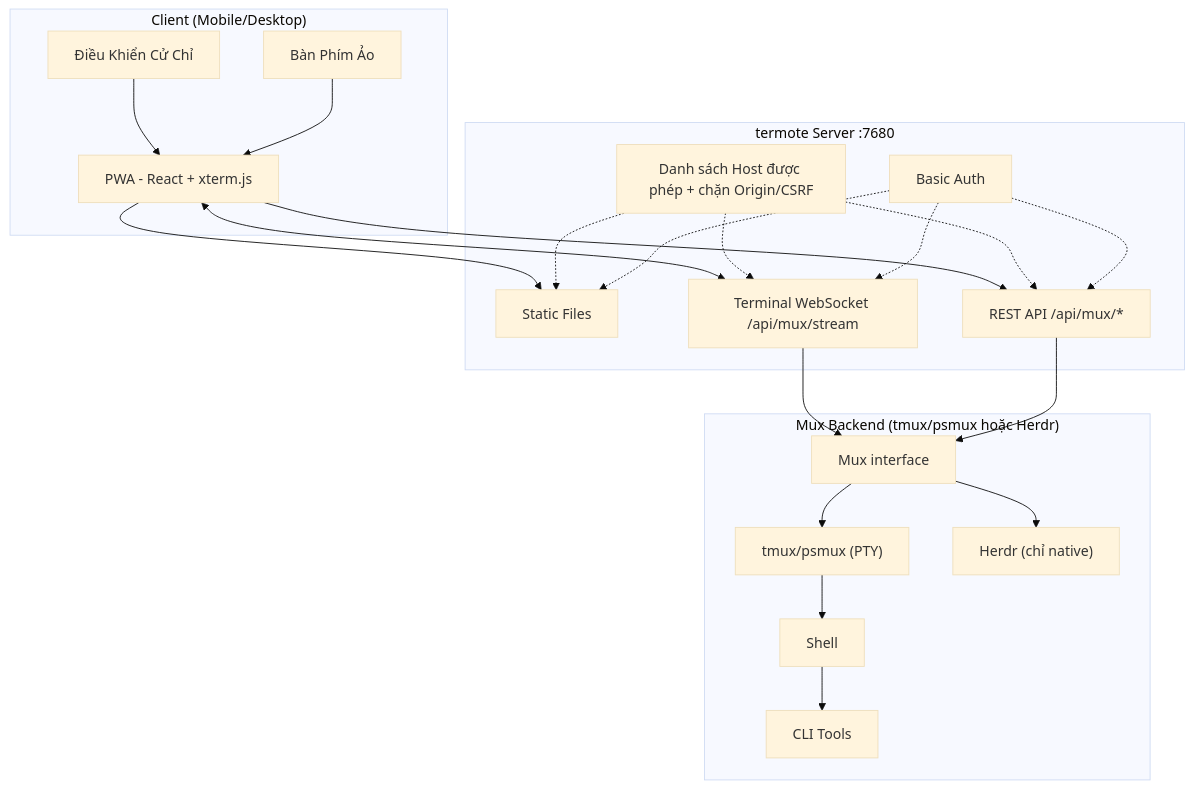
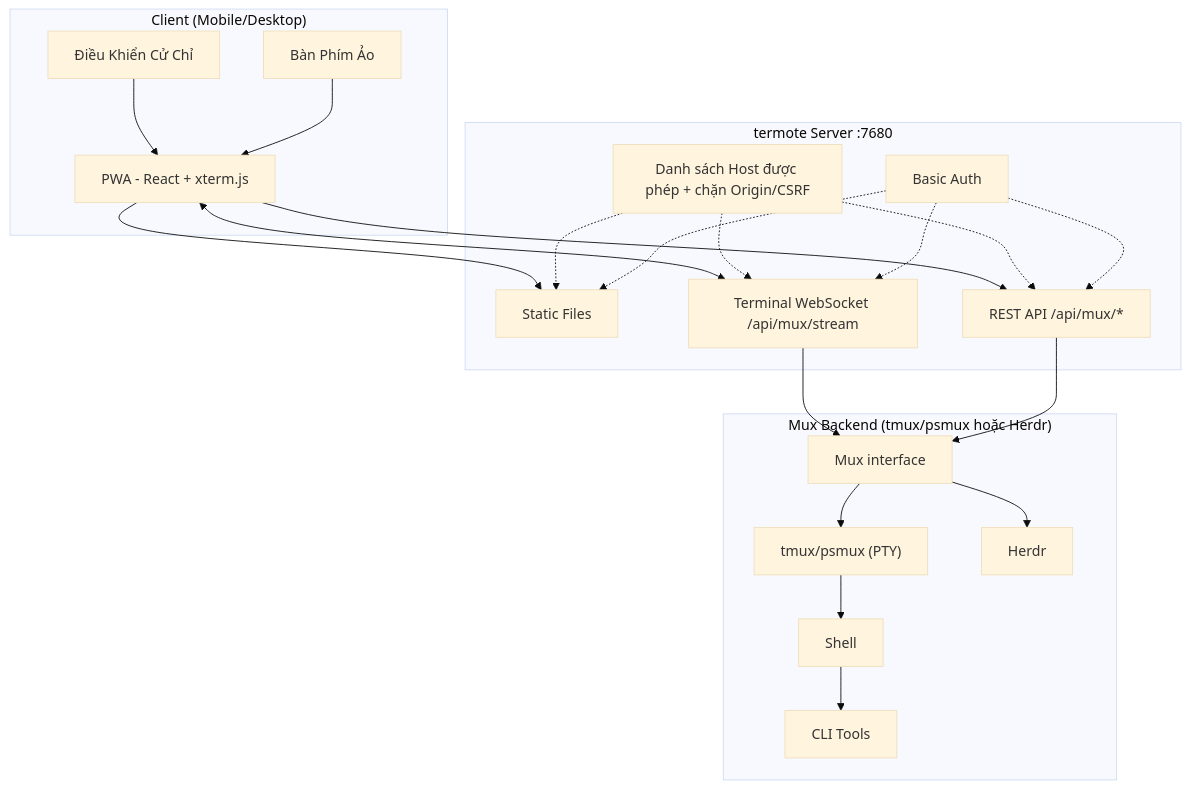
The first of 2 diagrams in README.vi.md (lamngockhuong/termote), drawn with Mermaid (base theme) before and after one commit. The commit also changed other lines of this file and 36 other files, not shown here.

````diff
--- a/README.vi.md
+++ b/README.vi.md
@@ -65,36 +65,36 @@
 ```mermaid
 flowchart TB
     subgraph Client["Client (Mobile/Desktop)"]
         PWA["PWA - React + xterm.js"]
         Gestures["Điều Khiển Cử Chỉ"]
         Keyboard["Bàn Phím Ảo"]
     end
 
     subgraph Server["termote Server :7680"]
         Static["Static Files"]
         Stream["Terminal WebSocket /api/mux/stream"]
         API["REST API /api/mux/*"]
         Guard["Danh sách Host được phép + chặn Origin/CSRF"]
         Auth["Basic Auth"]
     end
 
     subgraph Backend["Mux Backend (tmux/psmux hoặc Herdr)"]
         Mux["Mux interface"]
         tmux["tmux/psmux (PTY)"]
-        herdr["Herdr (chỉ native)"]
+        herdr["Herdr"]
         Shell["Shell"]
         Tools["CLI Tools"]
     end
 
     Gestures --> PWA
     Keyboard --> PWA
     PWA --> Static
     PWA <--> Stream
     PWA --> API
     Guard -.-> Static & Stream & API
     Auth -.-> Static & Stream & API
     Stream --> Mux
     API --> Mux
     Mux --> tmux & herdr
     tmux --> Shell --> Tools
 ```
````
